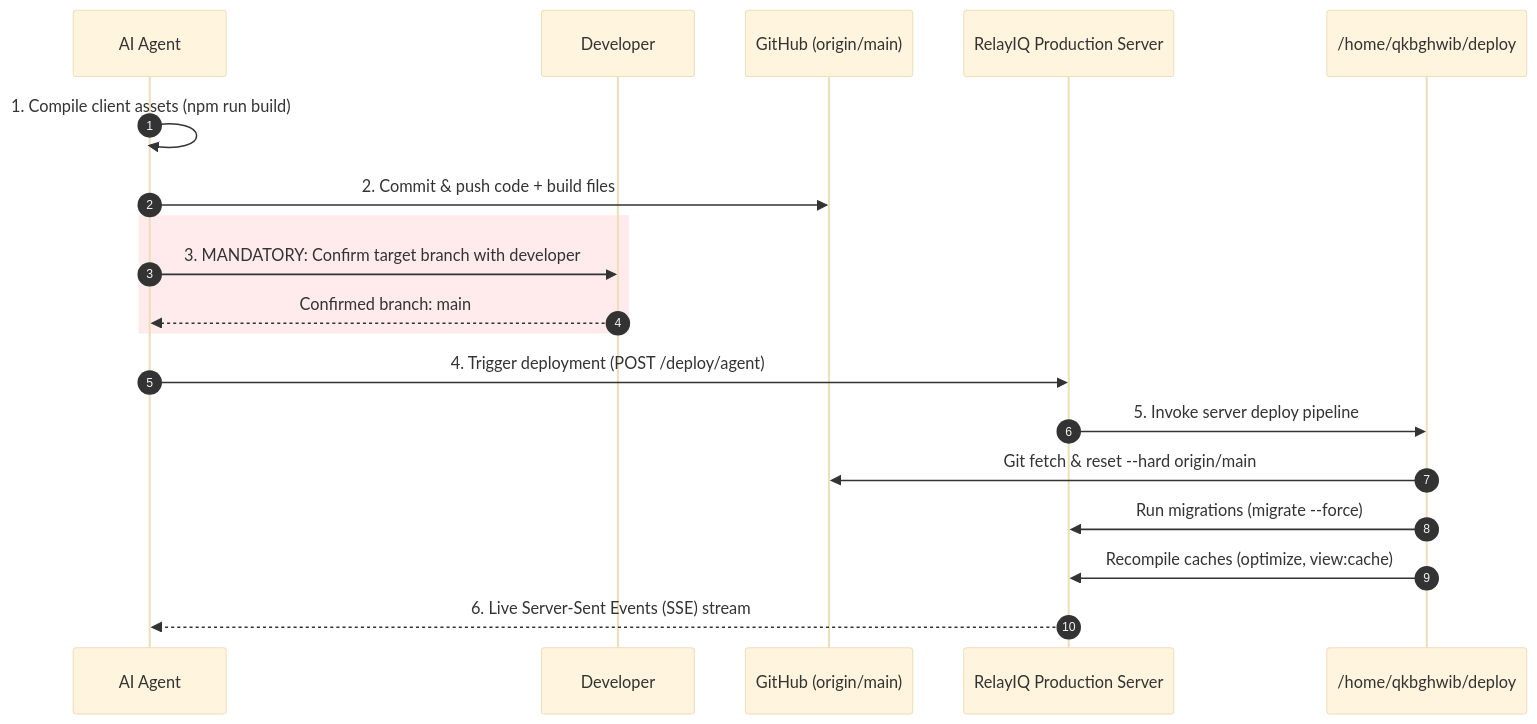
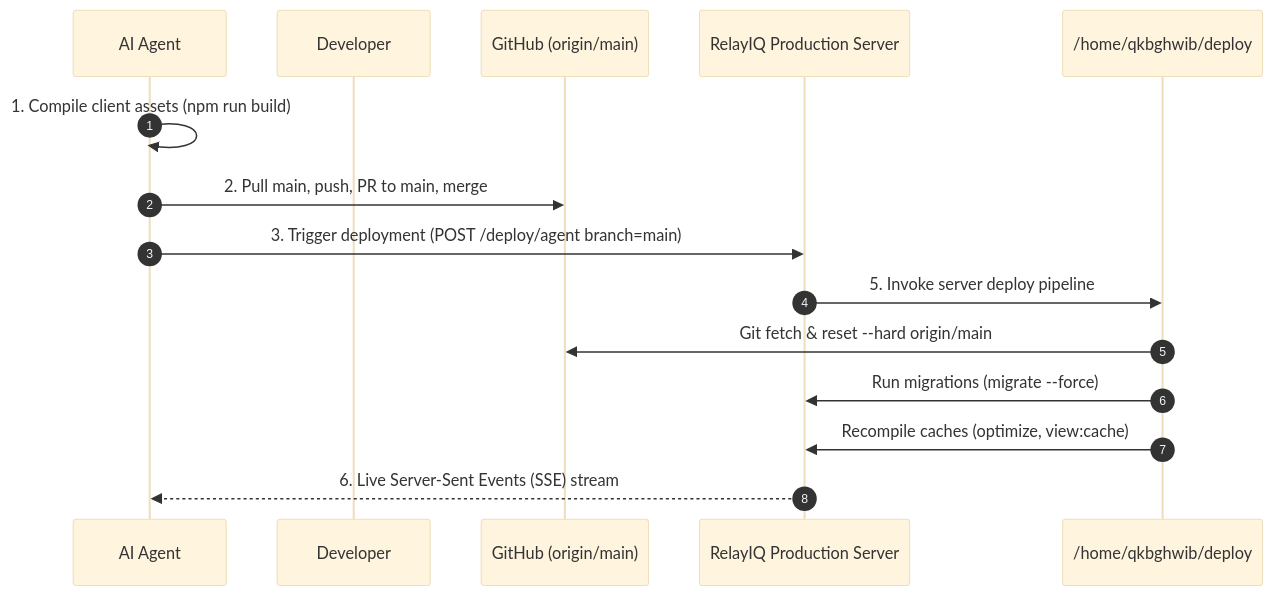
One commit to ManStevoh/SAVIT_CHAT_BOT_SYSTEM changed the diagram in LARAVEL_BACKEND/AGENT_DEPLOYMENT_GUIDE.md. Above: the diagram before and after it, drawn with Mermaid (base theme). The commit also changed other lines of this file and 341 other files, not shown here.

Commit message:
Ship left-nav tabs with compiled assets and always-deploy-via-main PR pipeline.

````diff
--- a/LARAVEL_BACKEND/AGENT_DEPLOYMENT_GUIDE.md
+++ b/LARAVEL_BACKEND/AGENT_DEPLOYMENT_GUIDE.md
@@ -26,22 +20,18 @@
 ```mermaid
 sequenceDiagram
     autonumber
     participant Agent as AI Agent
     participant Dev as Developer
     participant Git as GitHub (origin/main)
     participant Server as RelayIQ Production Server
     participant Script as /home/qkbghwib/deploy
 
     Agent->>Agent: 1. Compile client assets (npm run build)
-    Agent->>Git: 2. Commit & push code + build files
-    rect rgb(255, 235, 235)
-    Agent->>Dev: 3. MANDATORY: Confirm target branch with developer
-    Dev-->>Agent: Confirmed branch: main
-    end
-    Agent->>Server: 4. Trigger deployment (POST /deploy/agent)
+    Agent->>Git: 2. Pull main, push, PR to main, merge
+    Agent->>Server: 3. Trigger deployment (POST /deploy/agent branch=main)
     Server->>Script: 5. Invoke server deploy pipeline
     Script->>Git: Git fetch & reset --hard origin/main
     Script->>Server: Run migrations (migrate --force)
     Script->>Server: Recompile caches (optimize, view:cache)
     Server-->>Agent: 6. Live Server-Sent Events (SSE) stream
 ```
````
